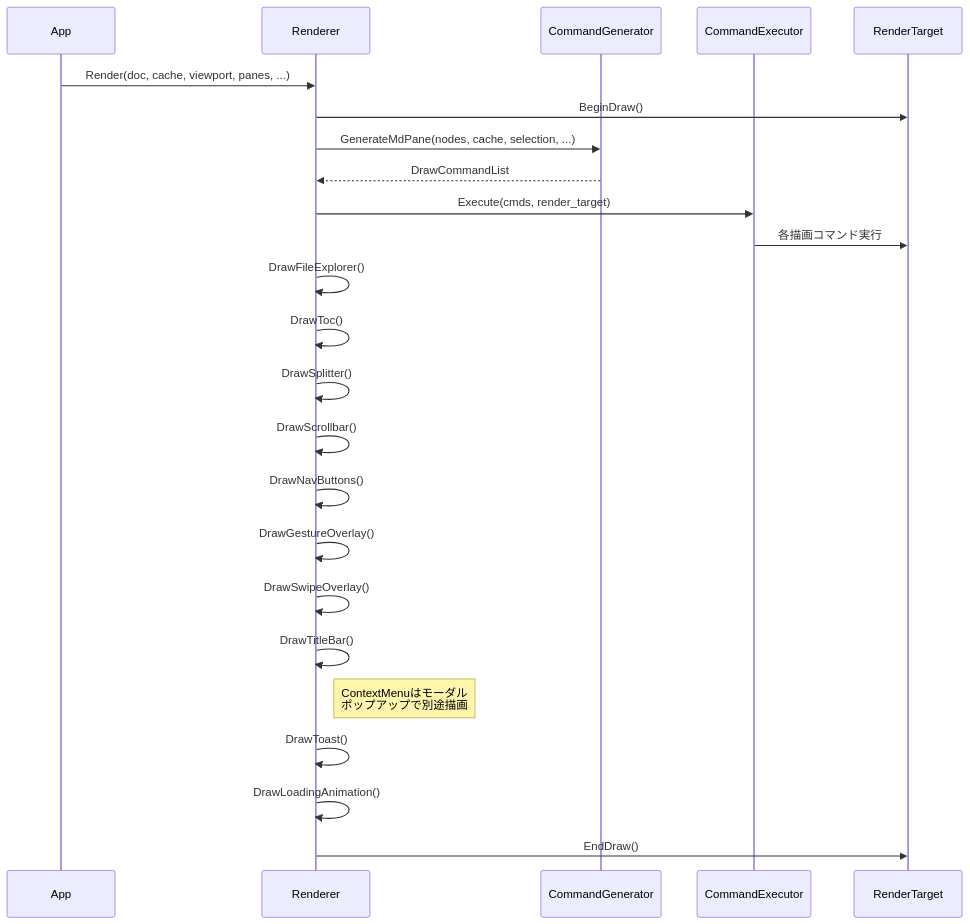
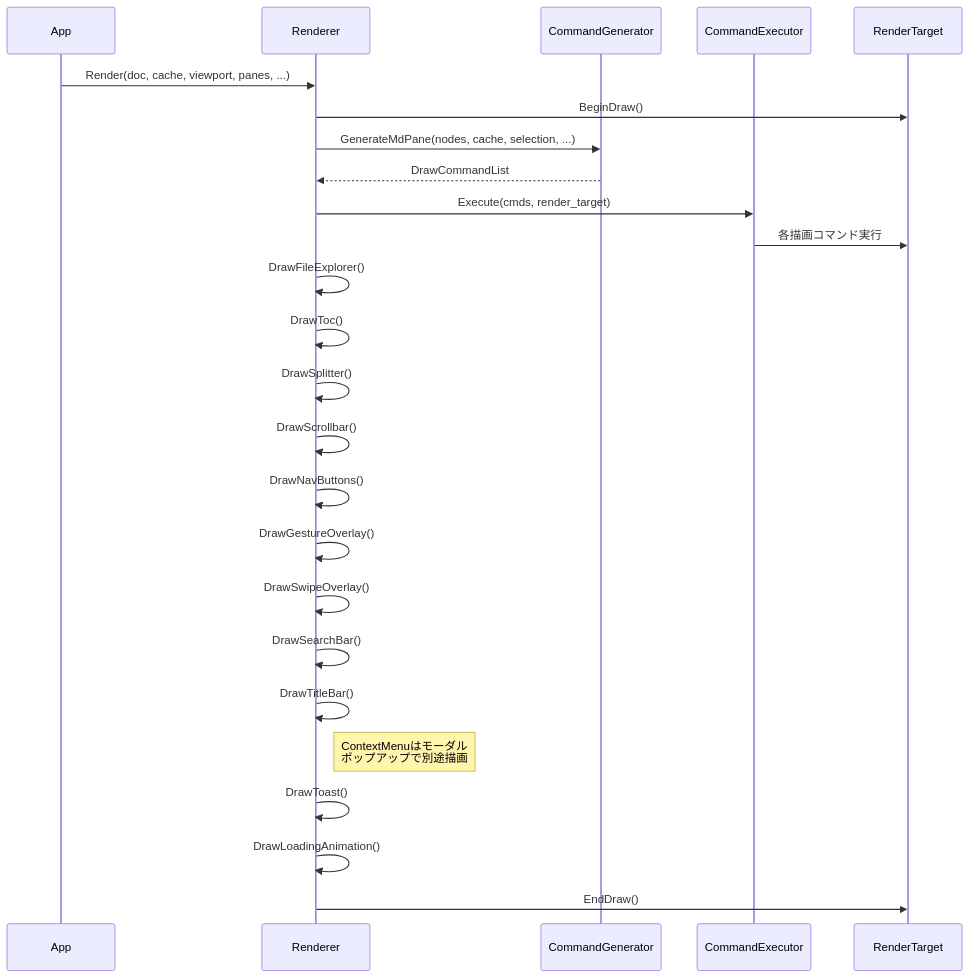
Diagram 20 of 28 in example/test.md (tanaton/mendo), drawn with Mermaid before and after one commit. The commit also changed other lines of this file, not shown here.

Commit message:
検索機能と国際化の実装、Mermaidファイルキャッシュの追加

````diff
--- a/example/test.md
+++ b/example/test.md
@@ -1736,27 +2068,28 @@
 ```mermaid
 sequenceDiagram
     participant APP as App
     participant R as Renderer
     participant CG as CommandGenerator
     participant CE as CommandExecutor
     participant RT as RenderTarget
 
     APP->>R: Render(doc, cache, viewport, panes, ...)
     R->>RT: BeginDraw()
     R->>CG: GenerateMdPane(nodes, cache, selection, ...)
     CG-->>R: DrawCommandList
     R->>CE: Execute(cmds, render_target)
     CE->>RT: 各描画コマンド実行
     R->>R: DrawFileExplorer()
     R->>R: DrawToc()
     R->>R: DrawSplitter()
     R->>R: DrawScrollbar()
     R->>R: DrawNavButtons()
     R->>R: DrawGestureOverlay()
     R->>R: DrawSwipeOverlay()
+    R->>R: DrawSearchBar()
     R->>R: DrawTitleBar()
     Note right of R: ContextMenuはモーダル<br>ポップアップで別途描画
     R->>R: DrawToast()
     R->>R: DrawLoadingAnimation()
     R->>RT: EndDraw()
 ```
````
